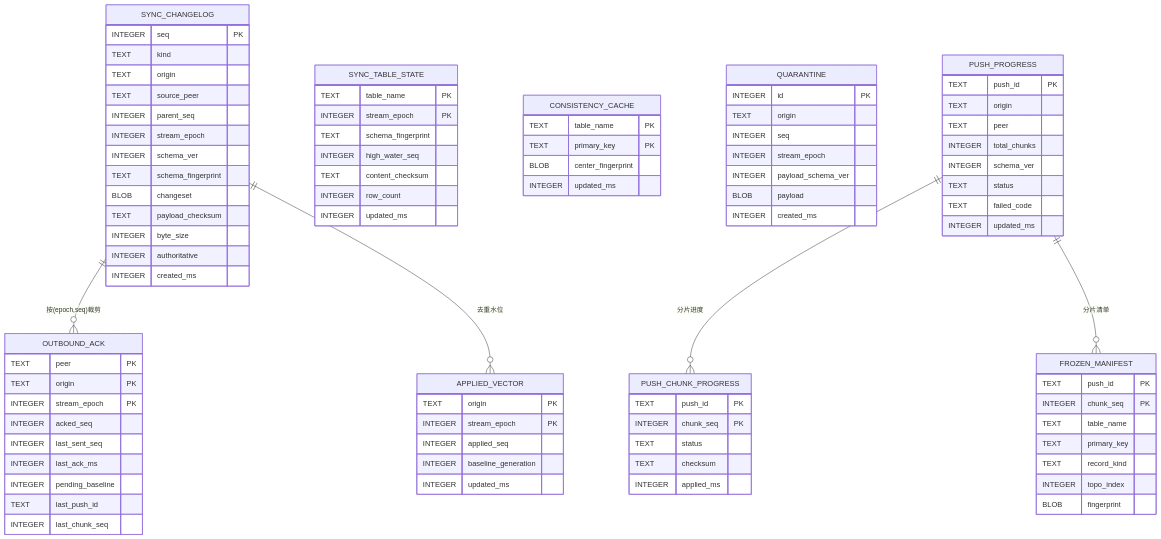
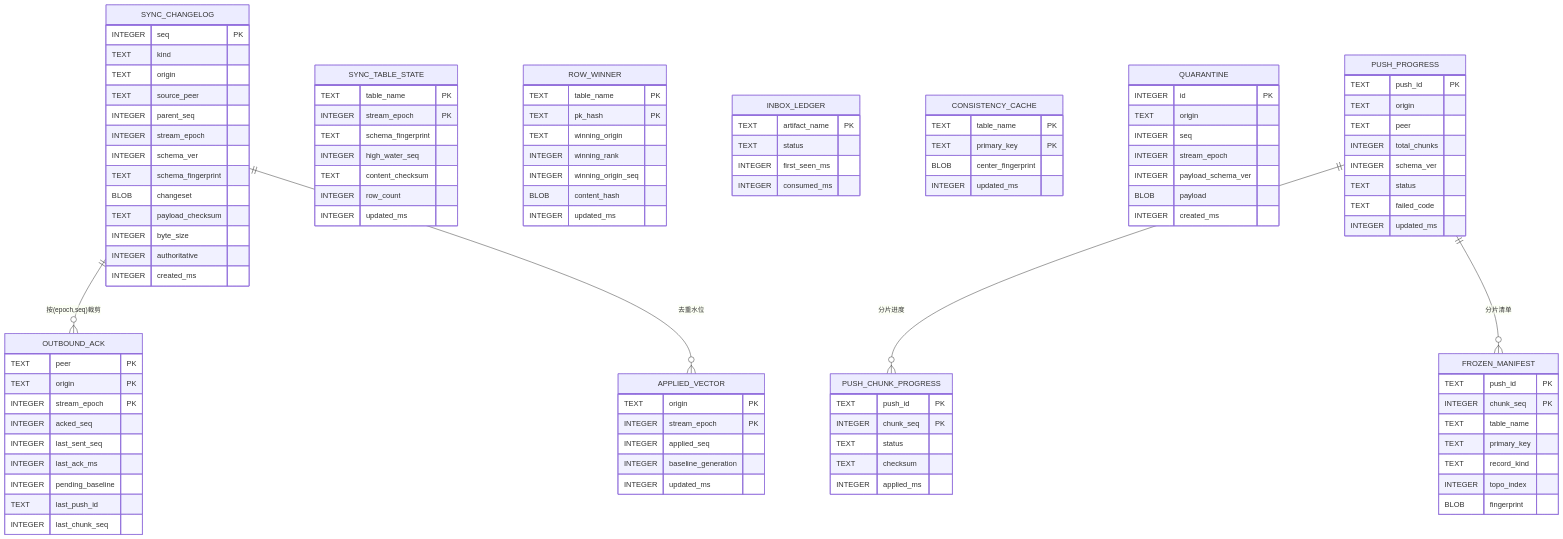
One commit to 055liufl/excelproject changed the fourth of 12 diagrams in specs/SQLite-同步工具-设计文档.md. Above: the diagram before and after it, drawn with Mermaid. The commit also changed other lines of this file and 1 other file, not shown here.

```diff
--- a/specs/SQLite-同步工具-设计文档.md
+++ b/specs/SQLite-同步工具-设计文档.md
@@ -698,6 +810,21 @@
         TEXT content_checksum
         INTEGER row_count
         INTEGER updated_ms
+    }
+    ROW_WINNER {
+        TEXT table_name PK
+        TEXT pk_hash PK
+        TEXT winning_origin
+        INTEGER winning_rank
+        INTEGER winning_origin_seq
+        BLOB content_hash
+        INTEGER updated_ms
+    }
+    INBOX_LEDGER {
+        TEXT artifact_name PK
+        TEXT status
+        INTEGER first_seen_ms
+        INTEGER consumed_ms
     }
     CONSISTENCY_CACHE {
         TEXT table_name PK
```
